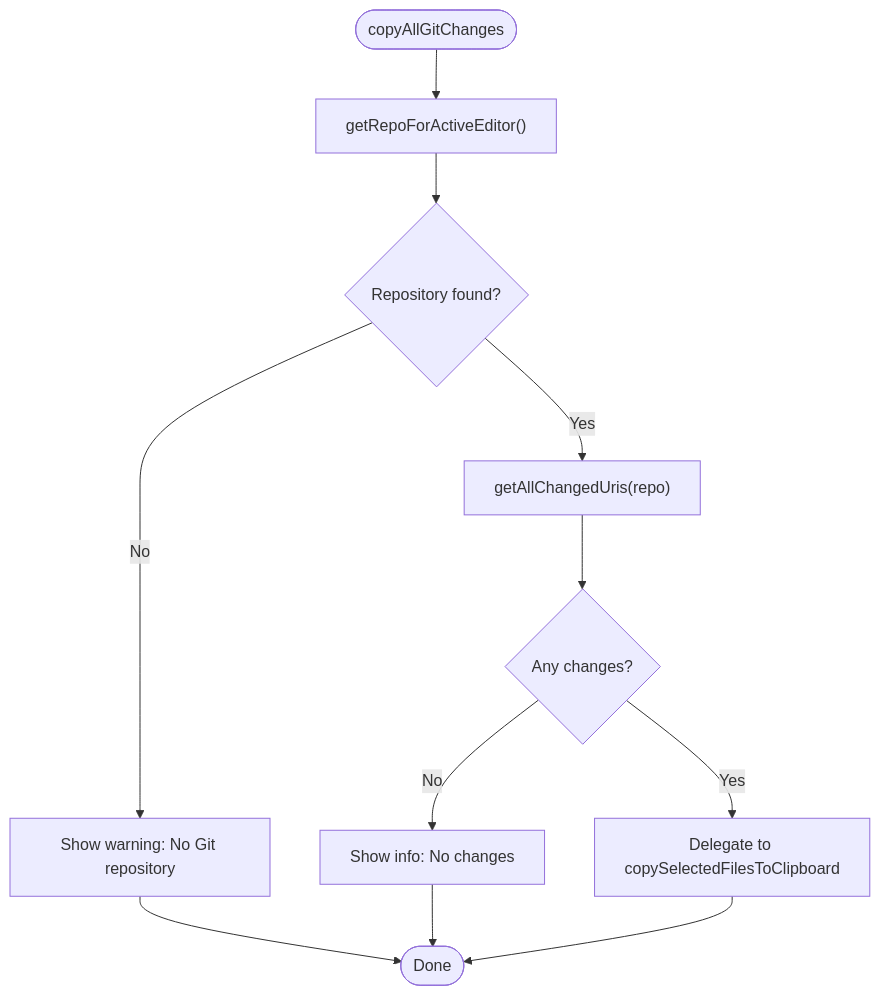
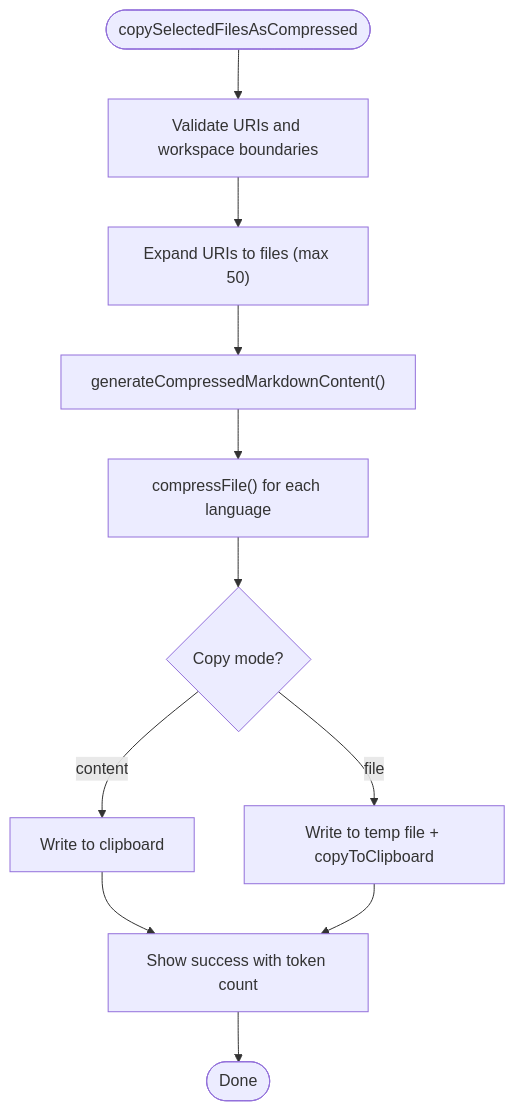
The fifth of 6 diagrams in .qoder/repowiki/en/content/Command System/Command System.md (bramburn/repomix-runner), drawn with Mermaid before and after one commit. The commit also changed other lines of this file and 19 other files, not shown here.

````diff
--- a/.qoder/repowiki/en/content/Command System/Command System.md
+++ b/.qoder/repowiki/en/content/Command System/Command System.md
@@ -360,13 +384,13 @@
 ```mermaid
 flowchart TD
-Start(["copyAllGitChanges"]) --> GetRepo["getRepoForActiveEditor()"]
-GetRepo --> RepoFound{"Repository found?"}
-RepoFound --> |No| WarnNoRepo["Show warning: No Git repository"]
-RepoFound --> |Yes| GetChanges["getAllChangedUris(repo)"]
-GetChanges --> HasChanges{"Any changes?"}
-HasChanges --> |No| InfoNoChanges["Show info: No changes"]
-HasChanges --> |Yes| Delegate["Delegate to copySelectedFilesToClipboard"]
-WarnNoRepo --> End(["Done"])
-InfoNoChanges --> End
-Delegate --> End
+Start(["copySelectedFilesAsCompressed"]) --> Validate["Validate URIs and workspace boundaries"]
+Validate --> Expand["Expand URIs to files (max 50)"]
+Expand --> Gen["generateCompressedMarkdownContent()"]
+Gen --> Parse["compressFile() for each language"]
+Parse --> Mode{"Copy mode?"}
+Mode --> |content| CopyContent["Write to clipboard"]
+Mode --> |file| CopyFile["Write to temp file + copyToClipboard"]
+CopyContent --> Notify["Show success with token count"]
+CopyFile --> Notify
+Notify --> End(["Done"])
 ```
````
